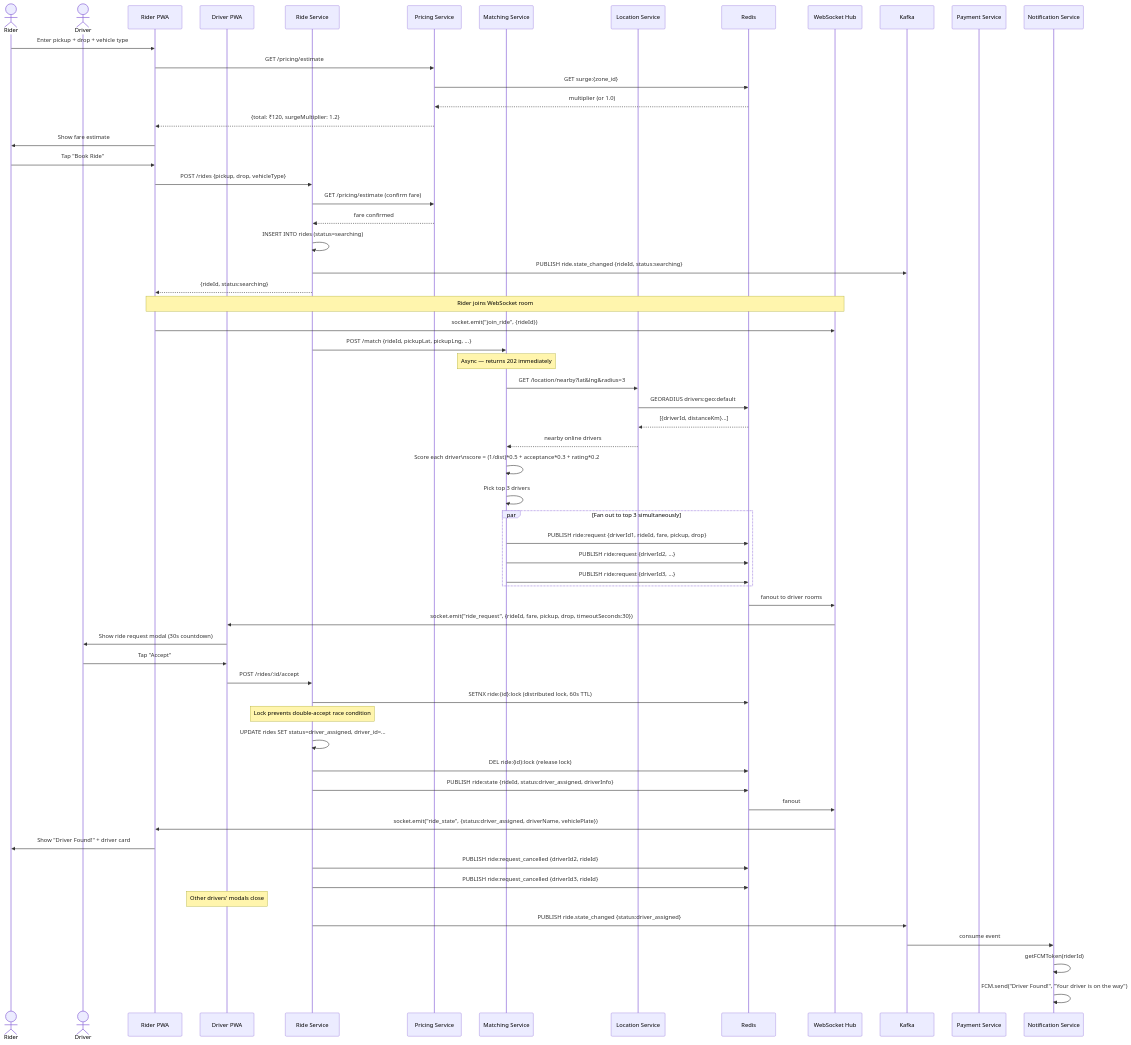
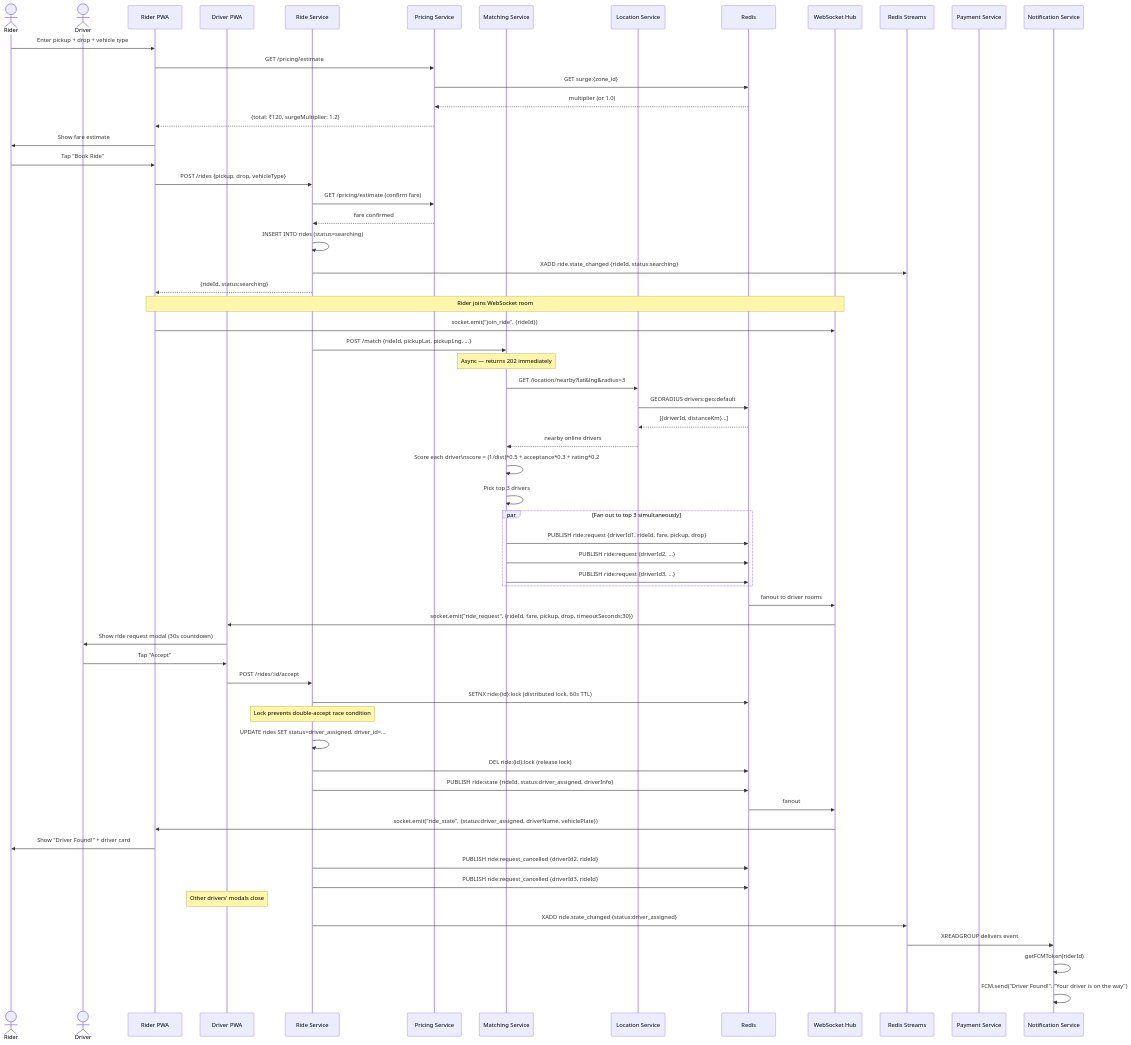
The fourth of 12 diagrams in ARCHITECTURE.md (abhishekc98/ride-sharing-app), drawn with Mermaid before and after one commit. The commit also changed other lines of this file and 6 other files, not shown here.

````diff
--- a/ARCHITECTURE.md
+++ b/ARCHITECTURE.md
@@ -237,76 +237,76 @@
 ```mermaid
 sequenceDiagram
     actor Rider
     actor Driver
     participant RiderPWA as Rider PWA
     participant DriverPWA as Driver PWA
     participant RideSvc as Ride Service
     participant PricingSvc as Pricing Service
     participant MatchSvc as Matching Service
     participant LocSvc as Location Service
     participant Redis
     participant WS as WebSocket Hub
-    participant Kafka
+    participant Streams as Redis Streams
     participant PaySvc as Payment Service
     participant NotifSvc as Notification Service
 
     Rider->>RiderPWA: Enter pickup + drop + vehicle type
     RiderPWA->>PricingSvc: GET /pricing/estimate
     PricingSvc->>Redis: GET surge:{zone_id}
     Redis-->>PricingSvc: multiplier (or 1.0)
     PricingSvc-->>RiderPWA: {total: ₹120, surgeMultiplier: 1.2}
     RiderPWA->>Rider: Show fare estimate
 
     Rider->>RiderPWA: Tap "Book Ride"
     RiderPWA->>RideSvc: POST /rides {pickup, drop, vehicleType}
     RideSvc->>PricingSvc: GET /pricing/estimate (confirm fare)
     PricingSvc-->>RideSvc: fare confirmed
     RideSvc->>RideSvc: INSERT INTO rides (status=searching)
-    RideSvc->>Kafka: PUBLISH ride.state_changed {rideId, status:searching}
+    RideSvc->>Streams: XADD ride.state_changed {rideId, status:searching}
     RideSvc-->>RiderPWA: {rideId, status:searching}
 
     Note over RiderPWA,WS: Rider joins WebSocket room
     RiderPWA->>WS: socket.emit("join_ride", {rideId})
 
     RideSvc->>MatchSvc: POST /match {rideId, pickupLat, pickupLng, ...}
     Note over MatchSvc: Async — returns 202 immediately
 
     MatchSvc->>LocSvc: GET /location/nearby?lat&lng&radius=3
     LocSvc->>Redis: GEORADIUS drivers:geo:default
     Redis-->>LocSvc: [{driverId, distanceKm}...]
     LocSvc-->>MatchSvc: nearby online drivers
 
     MatchSvc->>MatchSvc: Score each driver\nscore = (1/dist)*0.5 + acceptance*0.3 + rating*0.2
     MatchSvc->>MatchSvc: Pick top 3 drivers
 
     par Fan out to top 3 simultaneously
         MatchSvc->>Redis: PUBLISH ride:request {driverId1, rideId, fare, pickup, drop}
         MatchSvc->>Redis: PUBLISH ride:request {driverId2, ...}
         MatchSvc->>Redis: PUBLISH ride:request {driverId3, ...}
     end
 
     Redis->>WS: fanout to driver rooms
     WS->>DriverPWA: socket.emit("ride_request", {rideId, fare, pickup, drop, timeoutSeconds:30})
     DriverPWA->>Driver: Show ride request modal (30s countdown)
 
     Driver->>DriverPWA: Tap "Accept"
     DriverPWA->>RideSvc: POST /rides/:id/accept
     RideSvc->>Redis: SETNX ride:{id}:lock (distributed lock, 60s TTL)
     Note over RideSvc: Lock prevents double-accept race condition
     RideSvc->>RideSvc: UPDATE rides SET status=driver_assigned, driver_id=...
     RideSvc->>Redis: DEL ride:{id}:lock (release lock)
 
     RideSvc->>Redis: PUBLISH ride:state {rideId, status:driver_assigned, driverInfo}
     Redis->>WS: fanout
     WS->>RiderPWA: socket.emit("ride_state", {status:driver_assigned, driverName, vehiclePlate})
     RiderPWA->>Rider: Show "Driver Found!" + driver card
 
     RideSvc->>Redis: PUBLISH ride:request_cancelled {driverId2, rideId}
     RideSvc->>Redis: PUBLISH ride:request_cancelled {driverId3, rideId}
     Note over DriverPWA: Other drivers' modals close
 
-    RideSvc->>Kafka: PUBLISH ride.state_changed {status:driver_assigned}
-    Kafka->>NotifSvc: consume event
+    RideSvc->>Streams: XADD ride.state_changed {status:driver_assigned}
+    Streams->>NotifSvc: XREADGROUP delivers event
     NotifSvc->>NotifSvc: getFCMToken(riderId)
     NotifSvc->>NotifSvc: FCM.send("Driver Found!", "Your driver is on the way")
 ```
````
